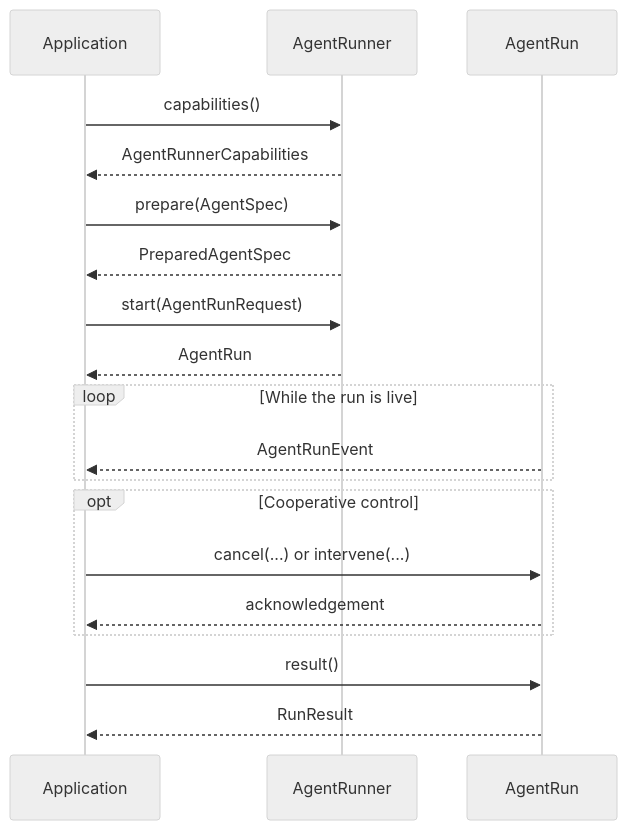
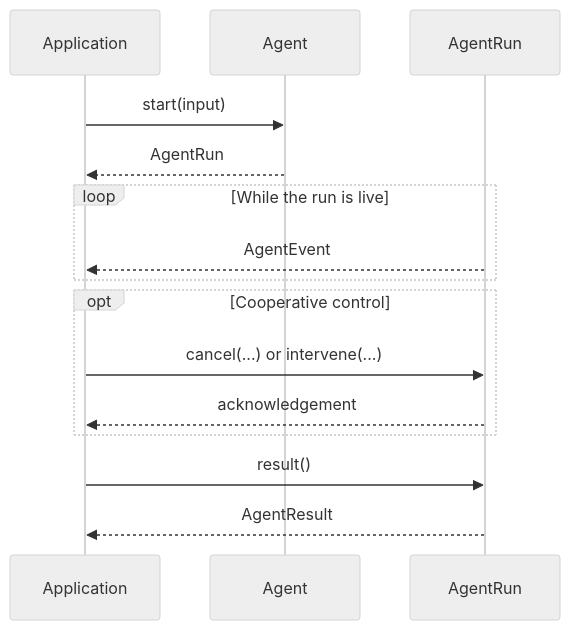
One commit to theGeekist/llm-core changed the diagram in docs/guide/agent.md. Above: the diagram before and after it, drawn with Mermaid (neutral theme). The commit also changed other lines of this file and 203 other files, not shown here.

````diff
--- a/docs/guide/agent.md
+++ b/docs/guide/agent.md
@@ -45,22 +21,18 @@
 ```mermaid
 sequenceDiagram
     participant App as Application
-    participant Runner as AgentRunner
+    participant Agent as Agent
     participant Run as AgentRun
 
-    App->>Runner: capabilities()
-    Runner-->>App: AgentRunnerCapabilities
-    App->>Runner: prepare(AgentSpec)
-    Runner-->>App: PreparedAgentSpec
-    App->>Runner: start(AgentRunRequest)
-    Runner-->>App: AgentRun
+    App->>Agent: start(input)
+    Agent-->>App: AgentRun
     loop While the run is live
-        Run-->>App: AgentRunEvent
+        Run-->>App: AgentEvent
     end
     opt Cooperative control
         App->>Run: cancel(...) or intervene(...)
         Run-->>App: acknowledgement
     end
     App->>Run: result()
-    Run-->>App: RunResult
+    Run-->>App: AgentResult
 ```
````
